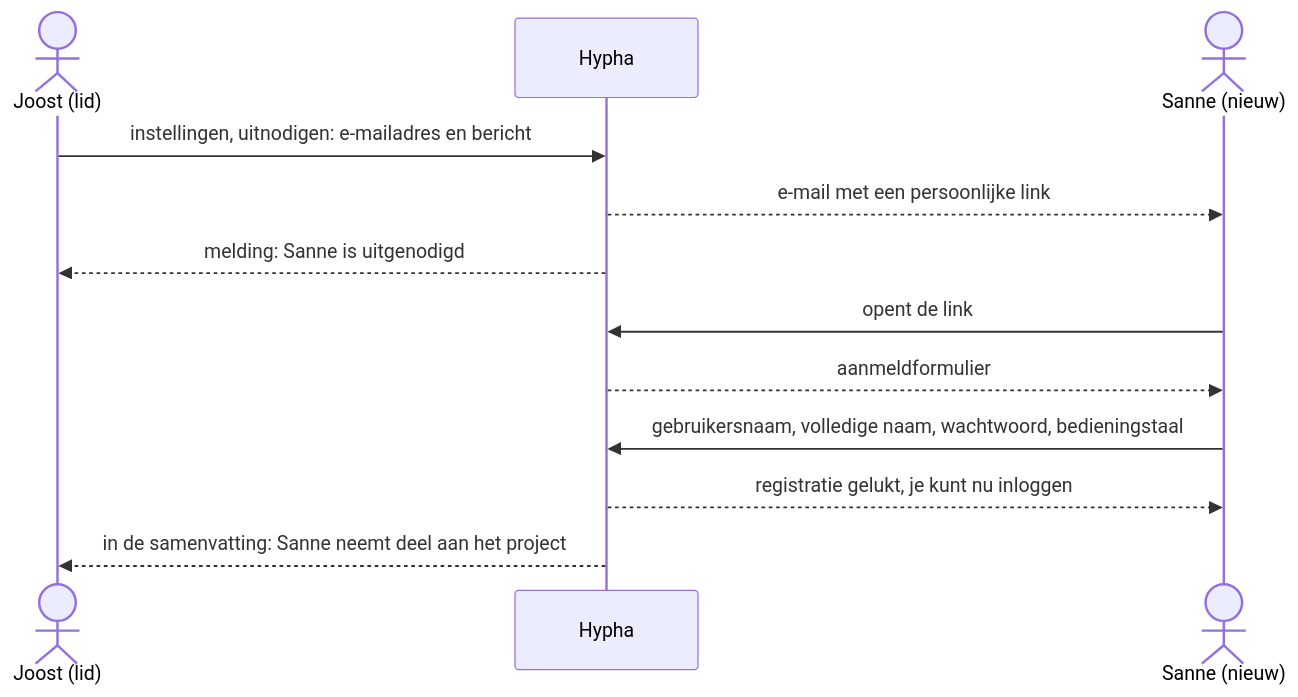
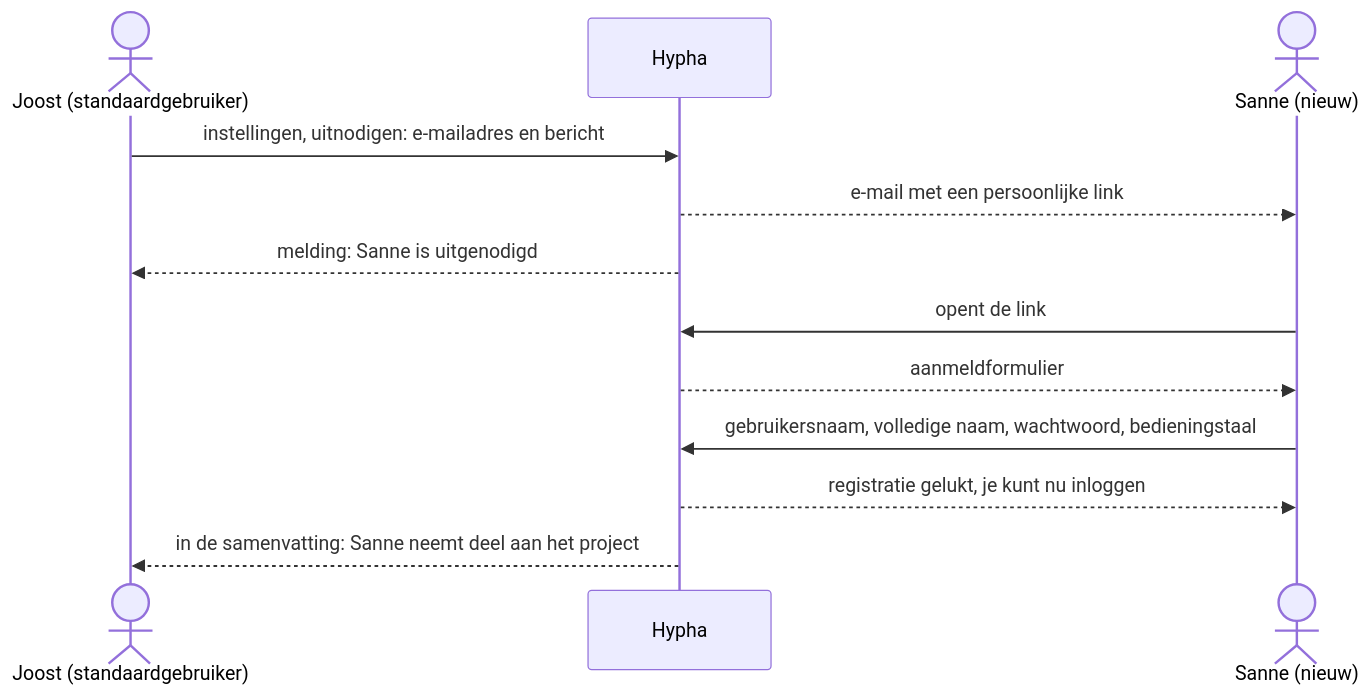
One commit to guidol-ive/hypha changed the diagram in docs/handleiding/gebruik/02-inloggen-en-account.md. Above: the diagram before and after it, drawn with Mermaid. The commit also changed other lines of this file and 29 other files, not shown here.

````diff
--- a/docs/handleiding/gebruik/02-inloggen-en-account.md
+++ b/docs/handleiding/gebruik/02-inloggen-en-account.md
@@ -16,14 +16,14 @@
 ```mermaid
 sequenceDiagram
-    actor Joost as Joost (lid)
+    actor Joost as Joost (standaardgebruiker)
     participant Hypha
     actor Sanne as Sanne (nieuw)
     Joost->>Hypha: instellingen, uitnodigen: e-mailadres en bericht
     Hypha-->>Sanne: e-mail met een persoonlijke link
     Hypha-->>Joost: melding: Sanne is uitgenodigd
     Sanne->>Hypha: opent de link
     Hypha-->>Sanne: aanmeldformulier
     Sanne->>Hypha: gebruikersnaam, volledige naam, wachtwoord, bedieningstaal
     Hypha-->>Sanne: registratie gelukt, je kunt nu inloggen
     Hypha-->>Joost: in de samenvatting: Sanne neemt deel aan het project
 ```
````
